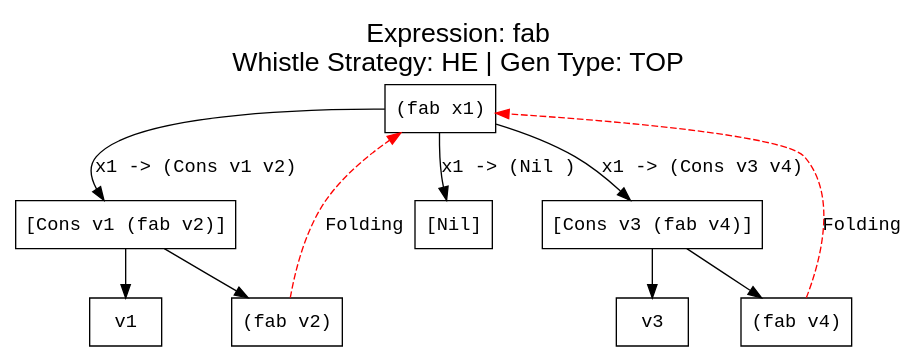
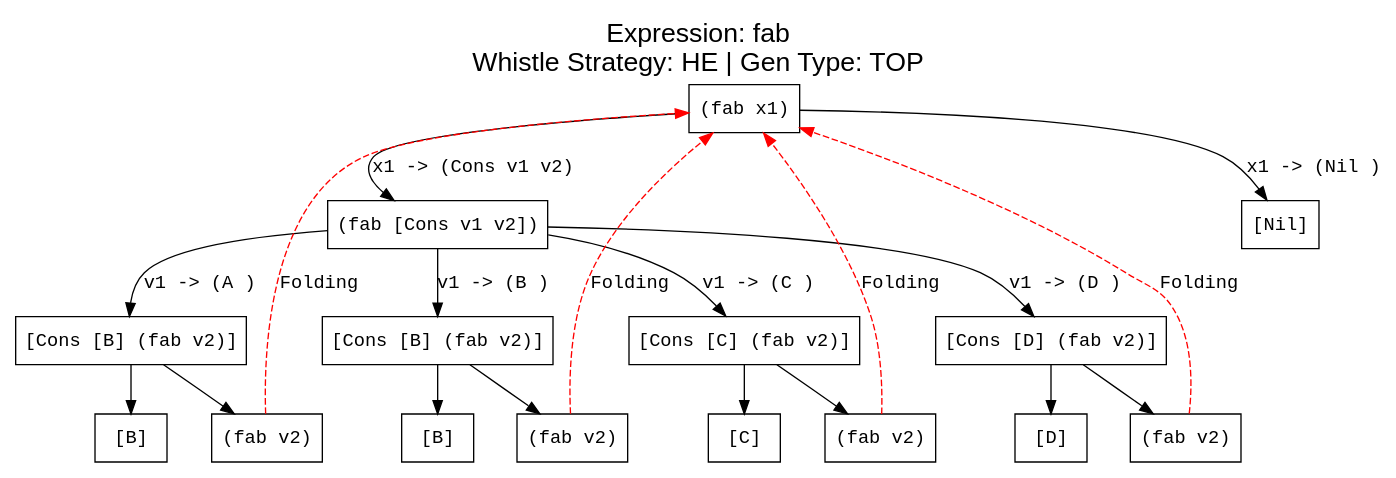
Before and after one commit to makezh/coursework_supercompiler: the diagram in output/test4/he_fab.dot, drawn with Graphviz. The commit also changed 5 other files, not shown here.

```diff
--- a/output/test4/he_fab.dot
+++ b/output/test4/he_fab.dot
@@ -1,26 +1,42 @@
 digraph ProcessTree {
   label="Expression: fab\nWhistle Strategy: HE | Gen Type: TOP";
   labelloc="t";
   fontsize=20;
   fontname="Arial";
 
     node [fontname="Courier New"];
     edge [fontname="Courier New"];
     n0 [label="(fab x1)", shape=box];
     n0 -> n1 [label="x1 -> (Cons v1 v2)"];
-    n0 -> n2 [label="x1 -> (Cons v3 v4)"];
-    n0 -> n3 [label="x1 -> (Nil )"];
-    n1 [label="[Cons v1 (fab v2)]", shape=box];
-    n1 -> n4 [label=""];
-    n1 -> n5 [label=""];
-    n2 [label="[Cons v3 (fab v4)]", shape=box];
-    n2 -> n6 [label=""];
-    n2 -> n7 [label=""];
-    n3 [label="[Nil]", shape=box];
-    n4 [label="v1", shape=box];
-    n5 [label="(fab v2)", shape=box];
-    n5 -> n0 [style=dashed, color=red, label="Folding"];
-    n6 [label="v3", shape=box];
-    n7 [label="(fab v4)", shape=box];
-    n7 -> n0 [style=dashed, color=red, label="Folding"];
+    n0 -> n2 [label="x1 -> (Nil )"];
+    n1 [label="(fab [Cons v1 v2])", shape=box];
+    n1 -> n3 [label="v1 -> (A )"];
+    n1 -> n4 [label="v1 -> (B )"];
+    n1 -> n5 [label="v1 -> (C )"];
+    n1 -> n6 [label="v1 -> (D )"];
+    n2 [label="[Nil]", shape=box];
+    n3 [label="[Cons [B] (fab v2)]", shape=box];
+    n3 -> n7 [label=""];
+    n3 -> n8 [label=""];
+    n4 [label="[Cons [B] (fab v2)]", shape=box];
+    n4 -> n9 [label=""];
+    n4 -> n10 [label=""];
+    n5 [label="[Cons [C] (fab v2)]", shape=box];
+    n5 -> n11 [label=""];
+    n5 -> n12 [label=""];
+    n6 [label="[Cons [D] (fab v2)]", shape=box];
+    n6 -> n13 [label=""];
+    n6 -> n14 [label=""];
+    n7 [label="[B]", shape=box];
+    n8 [label="(fab v2)", shape=box];
+    n8 -> n0 [style=dashed, color=red, label="Folding"];
+    n9 [label="[B]", shape=box];
+    n10 [label="(fab v2)", shape=box];
+    n10 -> n0 [style=dashed, color=red, label="Folding"];
+    n11 [label="[C]", shape=box];
+    n12 [label="(fab v2)", shape=box];
+    n12 -> n0 [style=dashed, color=red, label="Folding"];
+    n13 [label="[D]", shape=box];
+    n14 [label="(fab v2)", shape=box];
+    n14 -> n0 [style=dashed, color=red, label="Folding"];
 }
```
